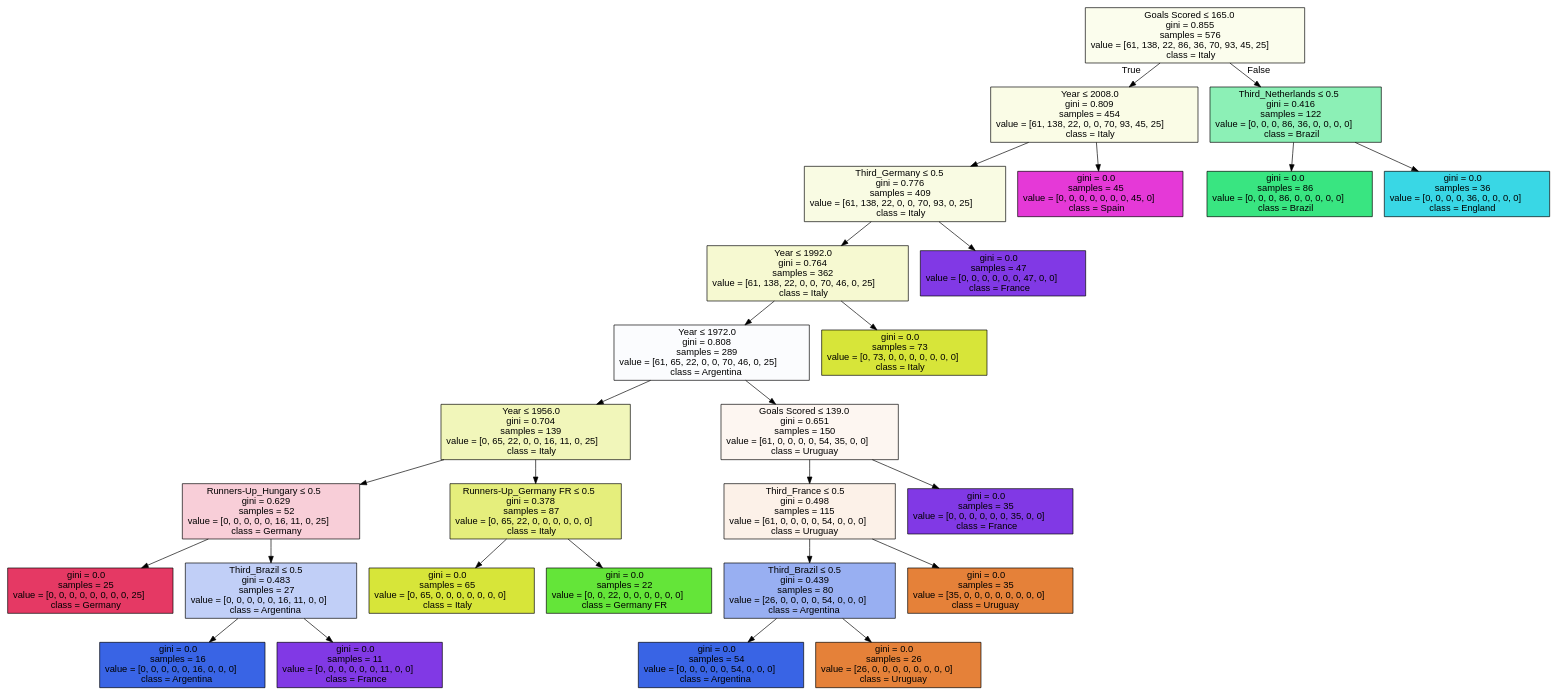
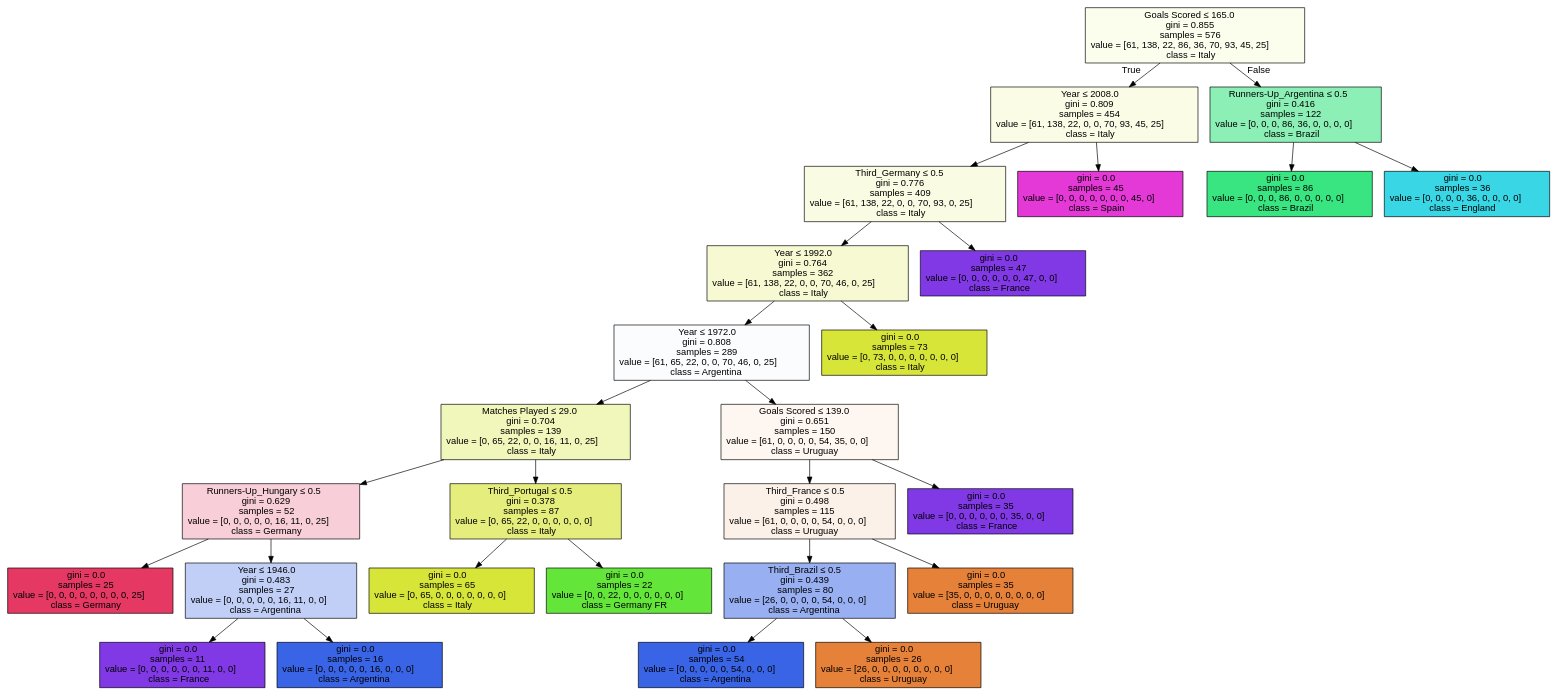
Before and after one commit to juanandresc-jarp/MachineLearningProject: the diagram in world_cup.dot, drawn with Graphviz. The commit also changed 3 other files, not shown here.

```diff
--- a/world_cup.dot
+++ b/world_cup.dot
@@ -1,57 +1,57 @@
 digraph Tree {
 node [shape=box, style="filled", color="black", fontname="helvetica"] ;
 edge [fontname="helvetica"] ;
 0 [label=<Goals Scored &le; 165.0<br/>gini = 0.855<br/>samples = 576<br/>value = [61, 138, 22, 86, 36, 70, 93, 45, 25]<br/>class = Italy>, fillcolor="#fbfded"] ;
 1 [label=<Year &le; 2008.0<br/>gini = 0.809<br/>samples = 454<br/>value = [61, 138, 22, 0, 0, 70, 93, 45, 25]<br/>class = Italy>, fillcolor="#fafce6"] ;
 0 -> 1 [labeldistance=2.5, labelangle=45, headlabel="True"] ;
 2 [label=<Third_Germany &le; 0.5<br/>gini = 0.776<br/>samples = 409<br/>value = [61, 138, 22, 0, 0, 70, 93, 0, 25]<br/>class = Italy>, fillcolor="#f9fbe3"] ;
 1 -> 2 ;
 3 [label=<Year &le; 1992.0<br/>gini = 0.764<br/>samples = 362<br/>value = [61, 138, 22, 0, 0, 70, 46, 0, 25]<br/>class = Italy>, fillcolor="#f6f9d1"] ;
 2 -> 3 ;
 4 [label=<Year &le; 1972.0<br/>gini = 0.808<br/>samples = 289<br/>value = [61, 65, 22, 0, 0, 70, 46, 0, 25]<br/>class = Argentina>, fillcolor="#fbfcfe"] ;
 3 -> 4 ;
-5 [label=<Year &le; 1956.0<br/>gini = 0.704<br/>samples = 139<br/>value = [0, 65, 22, 0, 0, 16, 11, 0, 25]<br/>class = Italy>, fillcolor="#f1f6ba"] ;
+5 [label=<Matches Played &le; 29.0<br/>gini = 0.704<br/>samples = 139<br/>value = [0, 65, 22, 0, 0, 16, 11, 0, 25]<br/>class = Italy>, fillcolor="#f1f6ba"] ;
 4 -> 5 ;
 6 [label=<Runners-Up_Hungary &le; 0.5<br/>gini = 0.629<br/>samples = 52<br/>value = [0, 0, 0, 0, 0, 16, 11, 0, 25]<br/>class = Germany>, fillcolor="#f8ced8"] ;
 5 -> 6 ;
 7 [label=<gini = 0.0<br/>samples = 25<br/>value = [0, 0, 0, 0, 0, 0, 0, 0, 25]<br/>class = Germany>, fillcolor="#e53964"] ;
 6 -> 7 ;
-8 [label=<Third_Brazil &le; 0.5<br/>gini = 0.483<br/>samples = 27<br/>value = [0, 0, 0, 0, 0, 16, 11, 0, 0]<br/>class = Argentina>, fillcolor="#c1cff7"] ;
+8 [label=<Year &le; 1946.0<br/>gini = 0.483<br/>samples = 27<br/>value = [0, 0, 0, 0, 0, 16, 11, 0, 0]<br/>class = Argentina>, fillcolor="#c1cff7"] ;
 6 -> 8 ;
-9 [label=<gini = 0.0<br/>samples = 16<br/>value = [0, 0, 0, 0, 0, 16, 0, 0, 0]<br/>class = Argentina>, fillcolor="#3964e5"] ;
+9 [label=<gini = 0.0<br/>samples = 11<br/>value = [0, 0, 0, 0, 0, 0, 11, 0, 0]<br/>class = France>, fillcolor="#8139e5"] ;
 8 -> 9 ;
-10 [label=<gini = 0.0<br/>samples = 11<br/>value = [0, 0, 0, 0, 0, 0, 11, 0, 0]<br/>class = France>, fillcolor="#8139e5"] ;
+10 [label=<gini = 0.0<br/>samples = 16<br/>value = [0, 0, 0, 0, 0, 16, 0, 0, 0]<br/>class = Argentina>, fillcolor="#3964e5"] ;
 8 -> 10 ;
-11 [label=<Runners-Up_Germany FR &le; 0.5<br/>gini = 0.378<br/>samples = 87<br/>value = [0, 65, 22, 0, 0, 0, 0, 0, 0]<br/>class = Italy>, fillcolor="#e5ee7c"] ;
+11 [label=<Third_Portugal &le; 0.5<br/>gini = 0.378<br/>samples = 87<br/>value = [0, 65, 22, 0, 0, 0, 0, 0, 0]<br/>class = Italy>, fillcolor="#e5ee7c"] ;
 5 -> 11 ;
 12 [label=<gini = 0.0<br/>samples = 65<br/>value = [0, 65, 0, 0, 0, 0, 0, 0, 0]<br/>class = Italy>, fillcolor="#d7e539"] ;
 11 -> 12 ;
 13 [label=<gini = 0.0<br/>samples = 22<br/>value = [0, 0, 22, 0, 0, 0, 0, 0, 0]<br/>class = Germany FR>, fillcolor="#64e539"] ;
 11 -> 13 ;
 14 [label=<Goals Scored &le; 139.0<br/>gini = 0.651<br/>samples = 150<br/>value = [61, 0, 0, 0, 0, 54, 35, 0, 0]<br/>class = Uruguay>, fillcolor="#fdf6f1"] ;
 4 -> 14 ;
 15 [label=<Third_France &le; 0.5<br/>gini = 0.498<br/>samples = 115<br/>value = [61, 0, 0, 0, 0, 54, 0, 0, 0]<br/>class = Uruguay>, fillcolor="#fcf1e8"] ;
 14 -> 15 ;
 16 [label=<Third_Brazil &le; 0.5<br/>gini = 0.439<br/>samples = 80<br/>value = [26, 0, 0, 0, 0, 54, 0, 0, 0]<br/>class = Argentina>, fillcolor="#98aff2"] ;
 15 -> 16 ;
 17 [label=<gini = 0.0<br/>samples = 54<br/>value = [0, 0, 0, 0, 0, 54, 0, 0, 0]<br/>class = Argentina>, fillcolor="#3964e5"] ;
 16 -> 17 ;
 18 [label=<gini = 0.0<br/>samples = 26<br/>value = [26, 0, 0, 0, 0, 0, 0, 0, 0]<br/>class = Uruguay>, fillcolor="#e58139"] ;
 16 -> 18 ;
 19 [label=<gini = 0.0<br/>samples = 35<br/>value = [35, 0, 0, 0, 0, 0, 0, 0, 0]<br/>class = Uruguay>, fillcolor="#e58139"] ;
 15 -> 19 ;
 20 [label=<gini = 0.0<br/>samples = 35<br/>value = [0, 0, 0, 0, 0, 0, 35, 0, 0]<br/>class = France>, fillcolor="#8139e5"] ;
 14 -> 20 ;
 21 [label=<gini = 0.0<br/>samples = 73<br/>value = [0, 73, 0, 0, 0, 0, 0, 0, 0]<br/>class = Italy>, fillcolor="#d7e539"] ;
 3 -> 21 ;
 22 [label=<gini = 0.0<br/>samples = 47<br/>value = [0, 0, 0, 0, 0, 0, 47, 0, 0]<br/>class = France>, fillcolor="#8139e5"] ;
 2 -> 22 ;
 23 [label=<gini = 0.0<br/>samples = 45<br/>value = [0, 0, 0, 0, 0, 0, 0, 45, 0]<br/>class = Spain>, fillcolor="#e539d7"] ;
 1 -> 23 ;
-24 [label=<Third_Netherlands &le; 0.5<br/>gini = 0.416<br/>samples = 122<br/>value = [0, 0, 0, 86, 36, 0, 0, 0, 0]<br/>class = Brazil>, fillcolor="#8cf0b6"] ;
+24 [label=<Runners-Up_Argentina &le; 0.5<br/>gini = 0.416<br/>samples = 122<br/>value = [0, 0, 0, 86, 36, 0, 0, 0, 0]<br/>class = Brazil>, fillcolor="#8cf0b6"] ;
 0 -> 24 [labeldistance=2.5, labelangle=-45, headlabel="False"] ;
 25 [label=<gini = 0.0<br/>samples = 86<br/>value = [0, 0, 0, 86, 0, 0, 0, 0, 0]<br/>class = Brazil>, fillcolor="#39e581"] ;
 24 -> 25 ;
 26 [label=<gini = 0.0<br/>samples = 36<br/>value = [0, 0, 0, 0, 36, 0, 0, 0, 0]<br/>class = England>, fillcolor="#39d7e5"] ;
 24 -> 26 ;
 }
```
